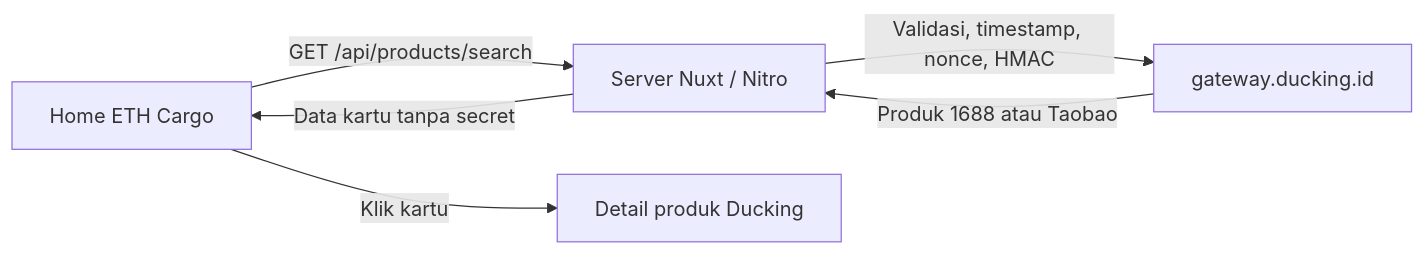
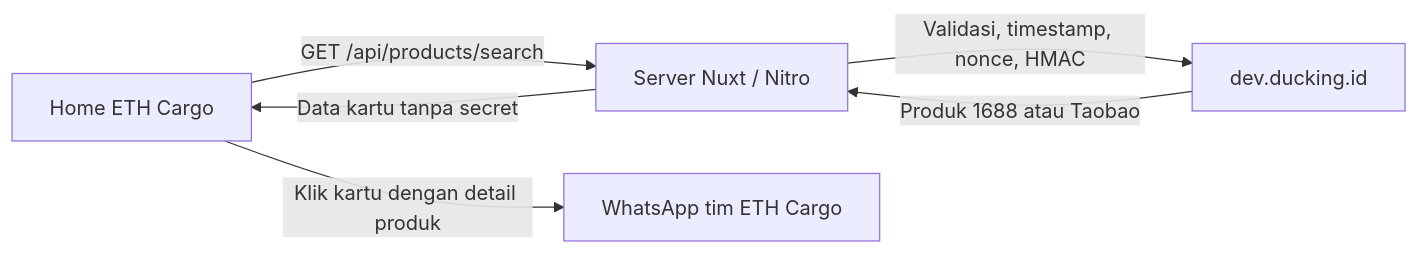
Before and after one commit to ETH-APPS/eth-web: the diagram in docs/ducking-product-flow.md, drawn with Mermaid. The commit also changed other lines of this file and 11 other files, not shown here.

Commit message:
feat(web): protect Ducking search and update Home product flow

````diff
--- a/docs/ducking-product-flow.md
+++ b/docs/ducking-product-flow.md
@@ -9,8 +8,8 @@
 ```mermaid
 flowchart LR
     A[Home ETH Cargo] -->|GET /api/products/search| B[Server Nuxt / Nitro]
-    B -->|Validasi, timestamp, nonce, HMAC| C[gateway.ducking.id]
+    B -->|Validasi, timestamp, nonce, HMAC| C[dev.ducking.id]
     C -->|Produk 1688 atau Taobao| B
     B -->|Data kartu tanpa secret| A
-    A -->|Klik kartu| D[Detail produk Ducking]
+    A -->|Klik kartu dengan detail produk| D[WhatsApp tim ETH Cargo]
 ```
````
